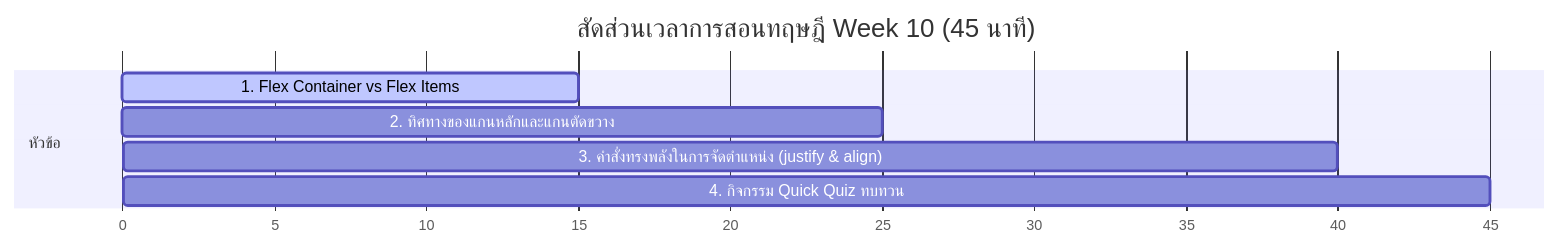
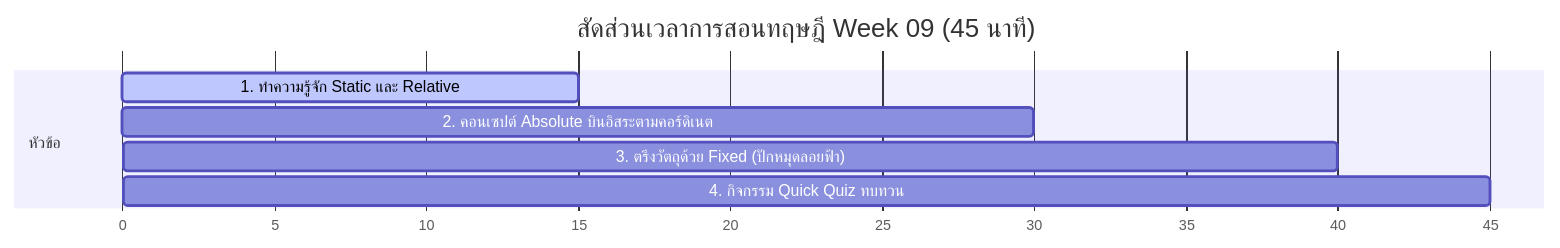
One commit to jirawat9ball/Website_lesson_plan changed the diagram in Week 10/Teacher/README.md. Above: the diagram before and after it, drawn with Mermaid. The commit also changed other lines of this file and 68 other files, not shown here.

````diff
--- a/Week 10/Teacher/README.md
+++ b/Week 10/Teacher/README.md
@@ -8,11 +8,11 @@
 ```mermaid
 gantt
-    title สัดส่วนเวลาการสอนทฤษฎี Week 10 (45 นาที)
+    title สัดส่วนเวลาการสอนทฤษฎี Week 09 (45 นาที)
     dateFormat  X
     axisFormat %s
     section หัวข้อ
-    1. Flex Container vs Flex Items : active, 0, 15
-    2. ทิศทางของแกนหลักและแกนตัดขวาง : 15, 25
-    3. คำสั่งทรงพลังในการจัดตำแหน่ง (justify & align) : 25, 40
+    1. ทำความรู้จัก Static และ Relative : active, 0, 15
+    2. คอนเซปต์ Absolute บินอิสระตามคอร์ดิเนต : 15, 30
+    3. ตรึงวัตถุด้วย Fixed (ปักหมุดลอยฟ้า) : 30, 40
     4. กิจกรรม Quick Quiz ทบทวน : 40, 45
 ```
````
